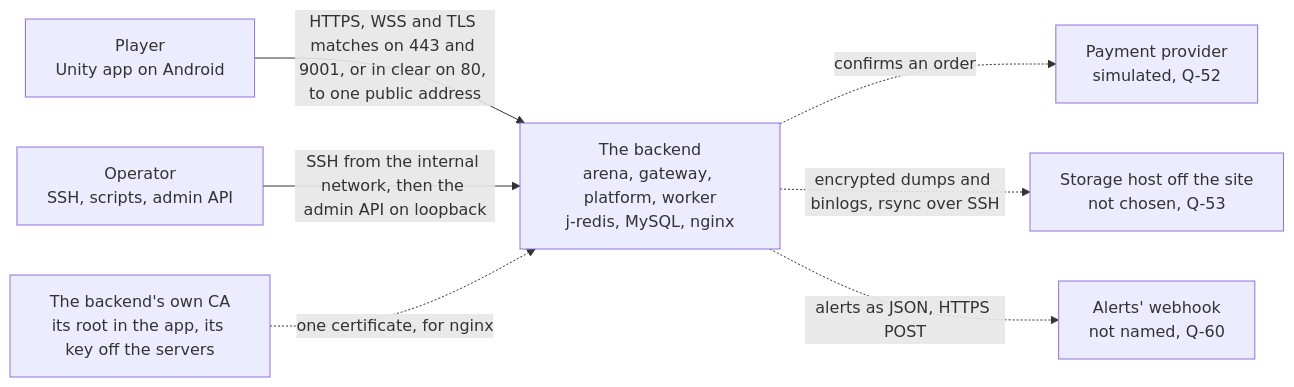
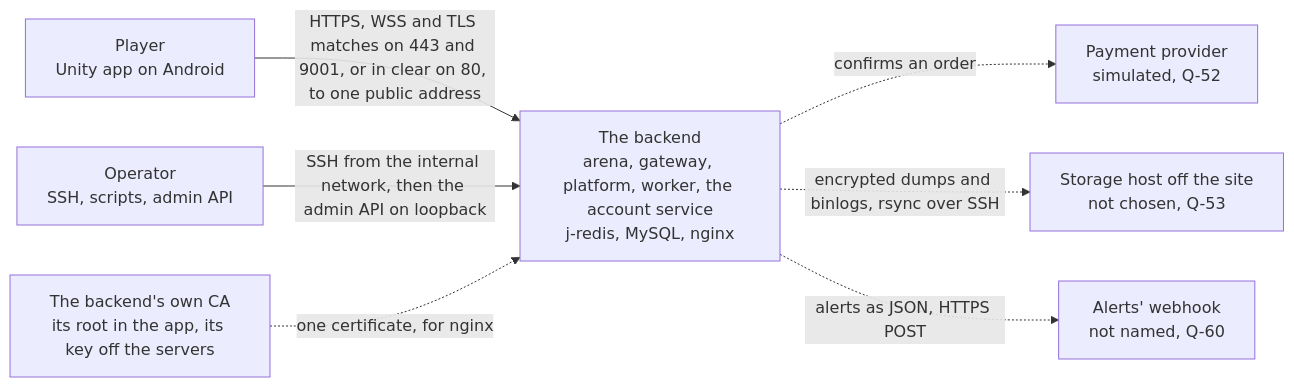
Before and after one commit to greensoft-atom/depio-simulation-platform: the first of 6 diagrams in docs/diagrams/01-system.md, drawn with Mermaid. The commit also changed other lines of this file and 21 other files, not shown here.

First line of the commit message:
docs: the account service on every page that names the processes, the ports or the routes; item 142 (g), D-117, done

````diff
--- a/docs/diagrams/01-system.md
+++ b/docs/diagrams/01-system.md
@@ -30,16 +31,16 @@
 ```mermaid
 flowchart LR
     player["Player<br/>Unity app on Android"]
     operator["Operator<br/>SSH, scripts, admin API"]
-    backend["The backend<br/>arena, gateway, platform, worker<br/>j-redis, MySQL, nginx"]
+    backend["The backend<br/>arena, gateway, platform, worker, the account service<br/>j-redis, MySQL, nginx"]
     provider["Payment provider<br/>simulated, Q-52"]
     offsite["Storage host off the site<br/>not chosen, Q-53"]
     hook["Alerts' webhook<br/>not named, Q-60"]
     ca["The backend's own CA<br/>its root in the app, its key off the servers"]
     player -->|"HTTPS, WSS and TLS matches on 443 and 9001, or in clear on 80, to one public address"| backend
     operator -->|"SSH from the internal network, then the admin API on loopback"| backend
     backend -.->|"confirms an order"| provider
     backend -.->|"encrypted dumps and binlogs, rsync over SSH"| offsite
     backend -.->|"alerts as JSON, HTTPS POST"| hook
     ca -.->|"one certificate, for nginx"| backend
 ```
````
